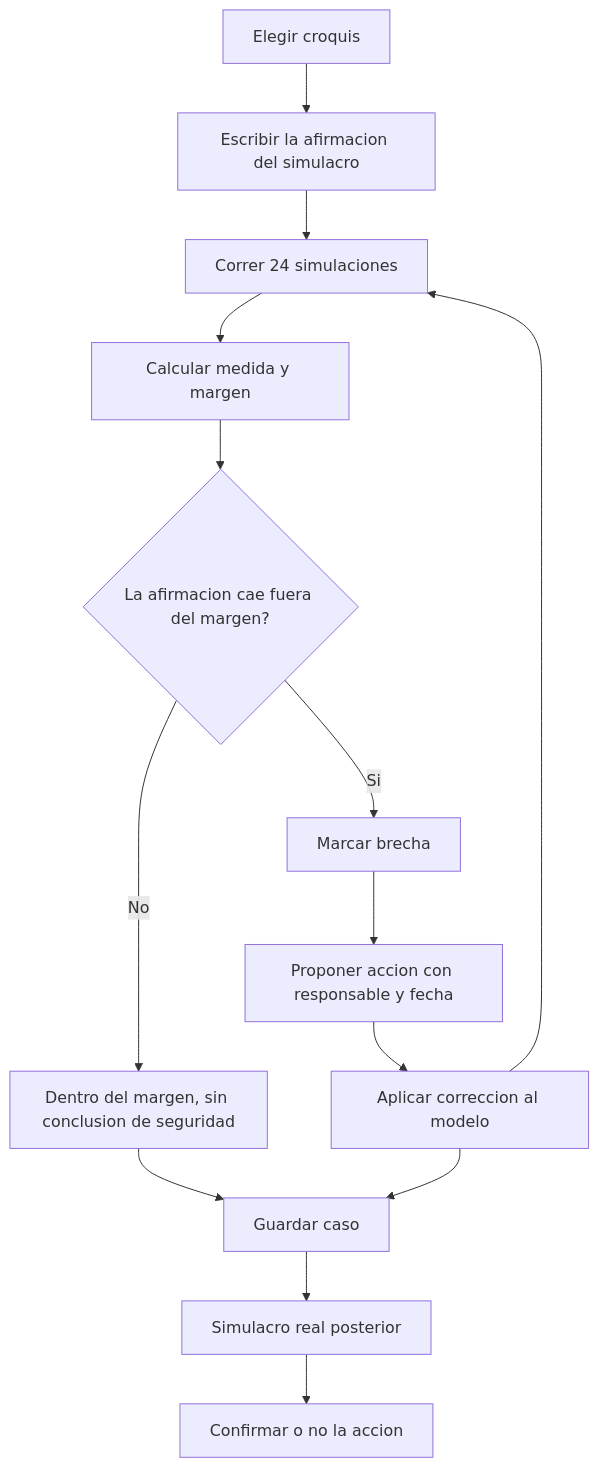
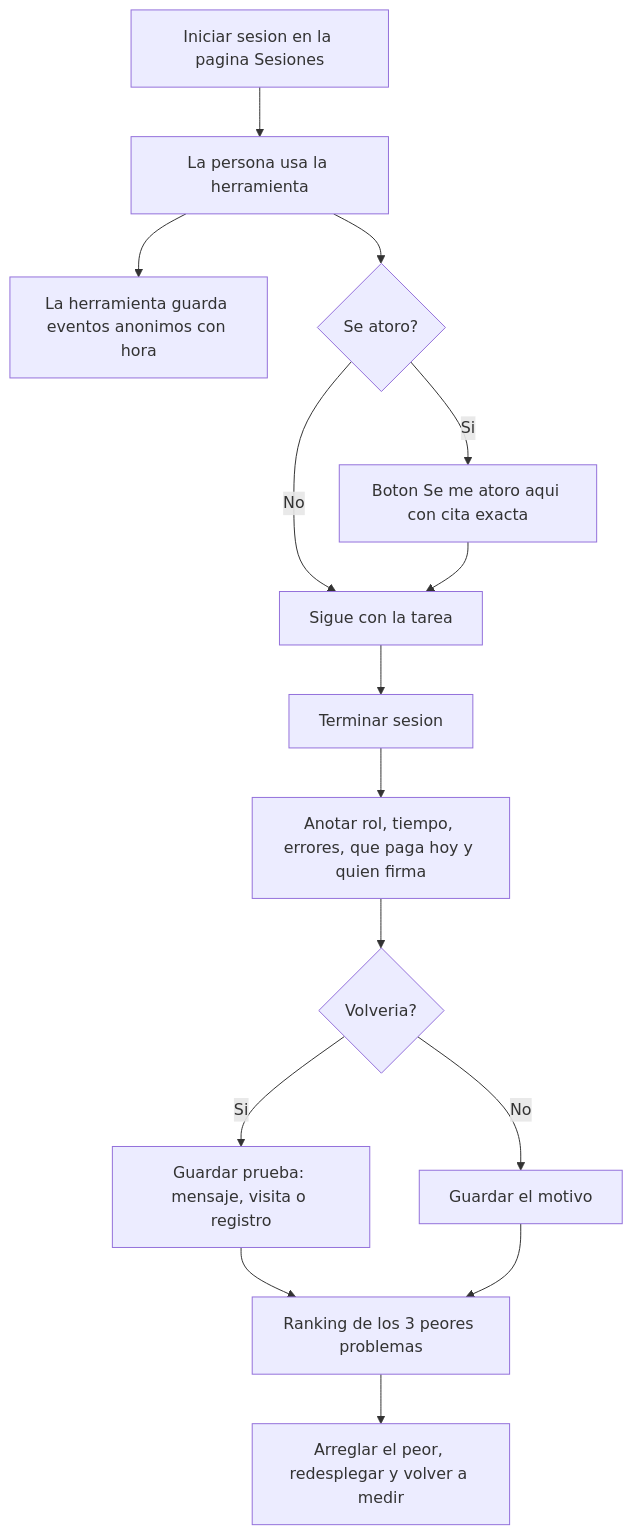
One commit to nicofloresbuilder-code/croquisvivo changed the first of 2 diagrams in docs/PACKET.md. Above: the diagram before and after it, drawn with Mermaid. The commit also changed other lines of this file and 5 other files, not shown here.

````diff
--- a/docs/PACKET.md
+++ b/docs/PACKET.md
@@ -27,16 +27,17 @@
 ```mermaid
 flowchart TD
-    A[Elegir croquis] --> B[Escribir la afirmacion del simulacro]
-    B --> C[Correr 24 simulaciones]
-    C --> D[Calcular medida y margen]
-    D --> E{La afirmacion cae fuera del margen?}
-    E -->|No| F[Dentro del margen, sin conclusion de seguridad]
-    E -->|Si| G[Marcar brecha]
-    G --> H[Proponer accion con responsable y fecha]
-    H --> I[Aplicar correccion al modelo]
-    I --> C
-    F --> J[Guardar caso]
-    I --> J
-    J --> K[Simulacro real posterior]
-    K --> L[Confirmar o no la accion]
+    A[Iniciar sesion en la pagina Sesiones] --> B[La persona usa la herramienta]
+    B --> C[La herramienta guarda eventos anonimos con hora]
+    B --> D{Se atoro?}
+    D -->|Si| E[Boton Se me atoro aqui con cita exacta]
+    D -->|No| F[Sigue con la tarea]
+    E --> F
+    F --> G[Terminar sesion]
+    G --> H[Anotar rol, tiempo, errores, que paga hoy y quien firma]
+    H --> I{Volveria?}
+    I -->|Si| J[Guardar prueba: mensaje, visita o registro]
+    I -->|No| K[Guardar el motivo]
+    J --> L[Ranking de los 3 peores problemas]
+    K --> L
+    L --> M[Arreglar el peor, redesplegar y volver a medir]
 ```
````
